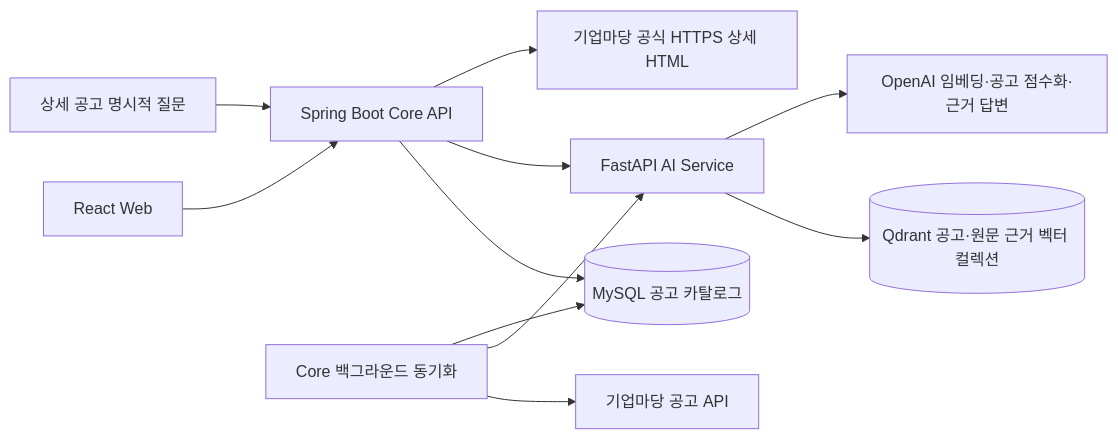
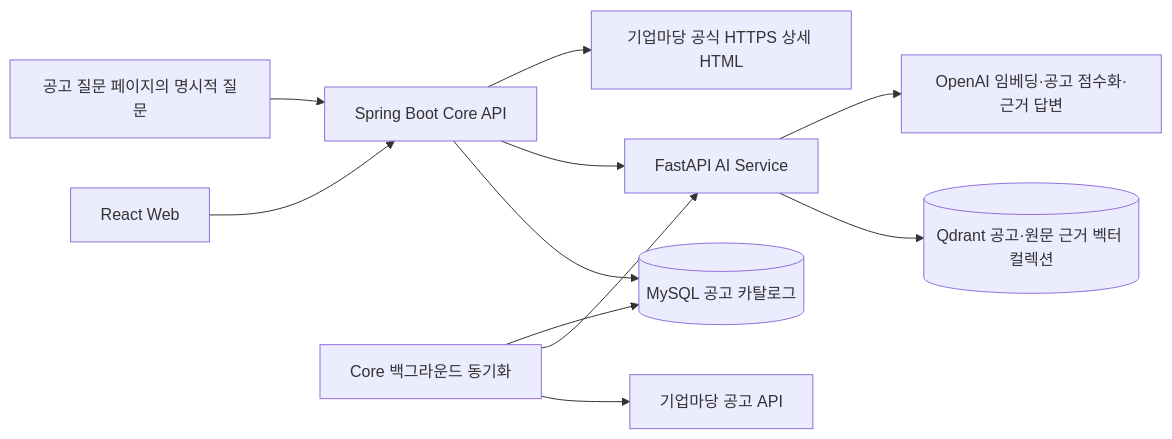
Before and after one commit to Genus-Jae/SKN34-3rd-1Team: the diagram in docs/architecture/README.md, drawn with Mermaid. The commit also changed other lines of this file and 12 other files, not shown here.

````diff
--- a/docs/architecture/README.md
+++ b/docs/architecture/README.md
@@ -17,13 +17,13 @@
 ```mermaid
 flowchart LR
     Web[React Web] --> Core[Spring Boot Core API]
     Core --> DB[(MySQL 공고 카탈로그)]
     Core --> AI[FastAPI AI Service]
     AI --> Vector[(Qdrant 공고·원문 근거 벡터 컬렉션)]
     AI --> OpenAI[OpenAI 임베딩·공고 점수화·근거 답변]
     Sync[Core 백그라운드 동기화] --> Source[기업마당 공고 API]
     Sync --> AI
     Sync --> DB
-    EvidenceQuestion[상세 공고 명시적 질문] --> Core
+    EvidenceQuestion[공고 질문 페이지의 명시적 질문] --> Core
     Core --> DetailSource[기업마당 공식 HTTPS 상세 HTML]
 ```
````
